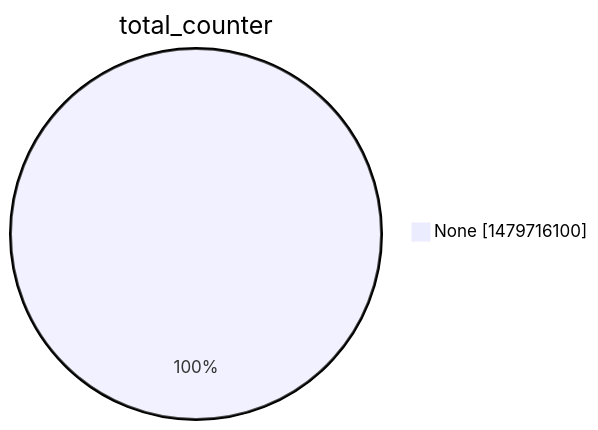
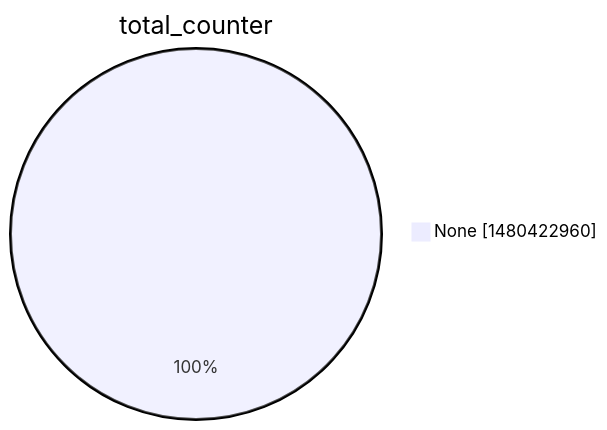
Before and after one commit to christiankrug/ctmonitor_visualization: the second of 15 diagrams in argon2022/README.md, drawn with Mermaid. The commit also changed other lines of this file, not shown here.

````diff
--- a/argon2022/README.md
+++ b/argon2022/README.md
@@ -9,5 +9,5 @@
 ```mermaid
 pie showData
 title total_counter
-"None" :1479716100
+"None" :1480422960
 ```
````
